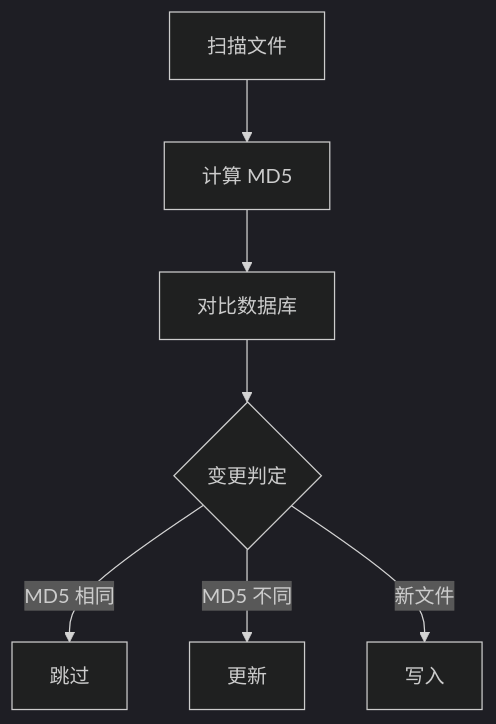
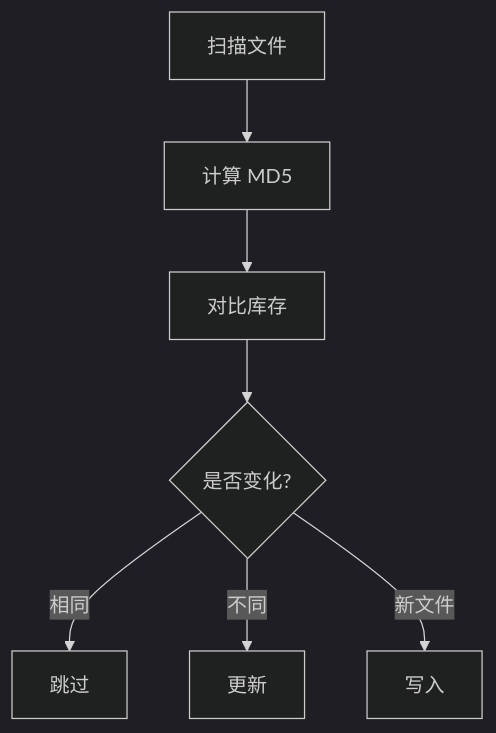
One commit to wonglaitung/splan changed the fourth of 5 diagrams in 6. 银行研发智能助手技术说明书.md. Above: the diagram before and after it, drawn with Mermaid (dark theme). The commit also changed other lines of this file, not shown here.

````diff
--- a/6. 银行研发智能助手技术说明书.md
+++ b/6. 银行研发智能助手技术说明书.md
@@ -359,7 +199,7 @@
 ```mermaid
 flowchart TB
-    SCAN["扫描文件"] --> MD5["计算 MD5"] --> CMP["对比数据库"] --> DEC{"变更判定"}
-    DEC -->|MD5 相同| SKIP["跳过"]
-    DEC -->|MD5 不同| UPD["更新"]
-    DEC -->|新文件| NEW["写入"]
+    SCAN["扫描文件"] --> MD5["计算 MD5"] --> CMP["对比库存"] --> DEC{"是否变化?"}
+    DEC -->|"相同"| SKIP["跳过"]
+    DEC -->|"不同"| UPD["更新"]
+    DEC -->|"新文件"| NEW["写入"]
 ```
````
